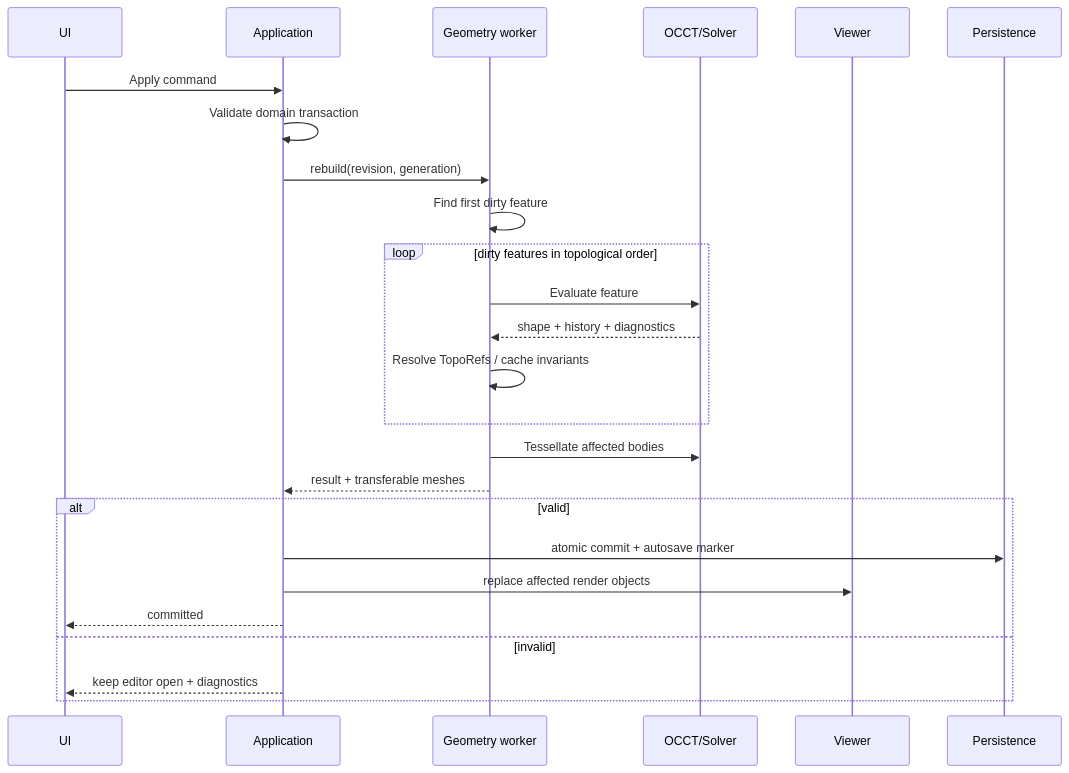
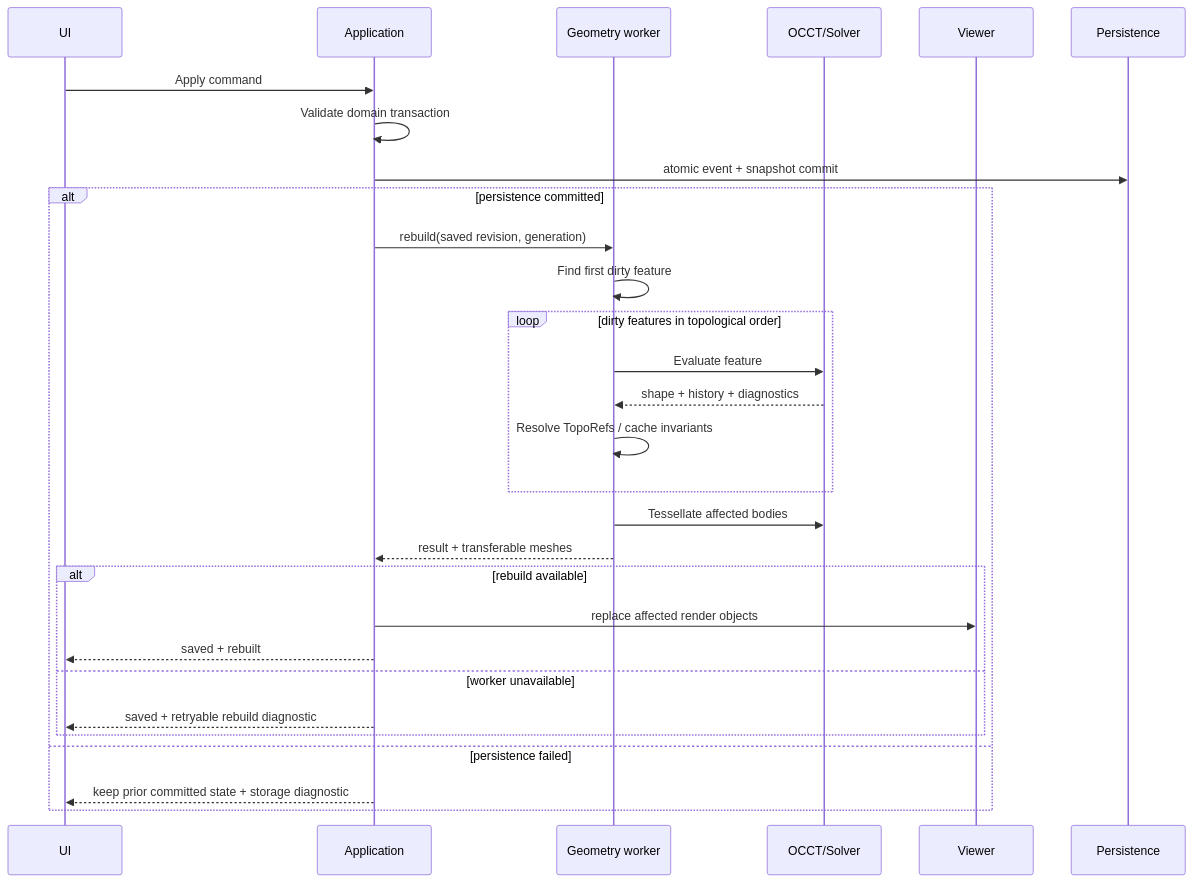
The second of 2 diagrams in docs/architecture/overview.md (kolengri/VibeShape), drawn with Mermaid before and after one commit. The commit also changed other lines of this file and 19 other files, not shown here.

````diff
--- a/docs/architecture/overview.md
+++ b/docs/architecture/overview.md
@@ -169,28 +169,32 @@
 ```mermaid
 sequenceDiagram
     participant U as UI
     participant A as Application
     participant W as Geometry worker
     participant K as OCCT/Solver
     participant V as Viewer
     participant P as Persistence
 
     U->>A: Apply command
     A->>A: Validate domain transaction
-    A->>W: rebuild(revision, generation)
-    W->>W: Find first dirty feature
-    loop dirty features in topological order
-        W->>K: Evaluate feature
-        K-->>W: shape + history + diagnostics
-        W->>W: Resolve TopoRefs / cache invariants
-    end
-    W->>K: Tessellate affected bodies
-    W-->>A: result + transferable meshes
-    alt valid
-        A->>P: atomic commit + autosave marker
-        A->>V: replace affected render objects
-        A-->>U: committed
-    else invalid
-        A-->>U: keep editor open + diagnostics
+    A->>P: atomic event + snapshot commit
+    alt persistence committed
+        A->>W: rebuild(saved revision, generation)
+        W->>W: Find first dirty feature
+        loop dirty features in topological order
+            W->>K: Evaluate feature
+            K-->>W: shape + history + diagnostics
+            W->>W: Resolve TopoRefs / cache invariants
+        end
+        W->>K: Tessellate affected bodies
+        W-->>A: result + transferable meshes
+        alt rebuild available
+            A->>V: replace affected render objects
+            A-->>U: saved + rebuilt
+        else worker unavailable
+            A-->>U: saved + retryable rebuild diagnostic
+        end
+    else persistence failed
+        A-->>U: keep prior committed state + storage diagnostic
     end
 ```
````
